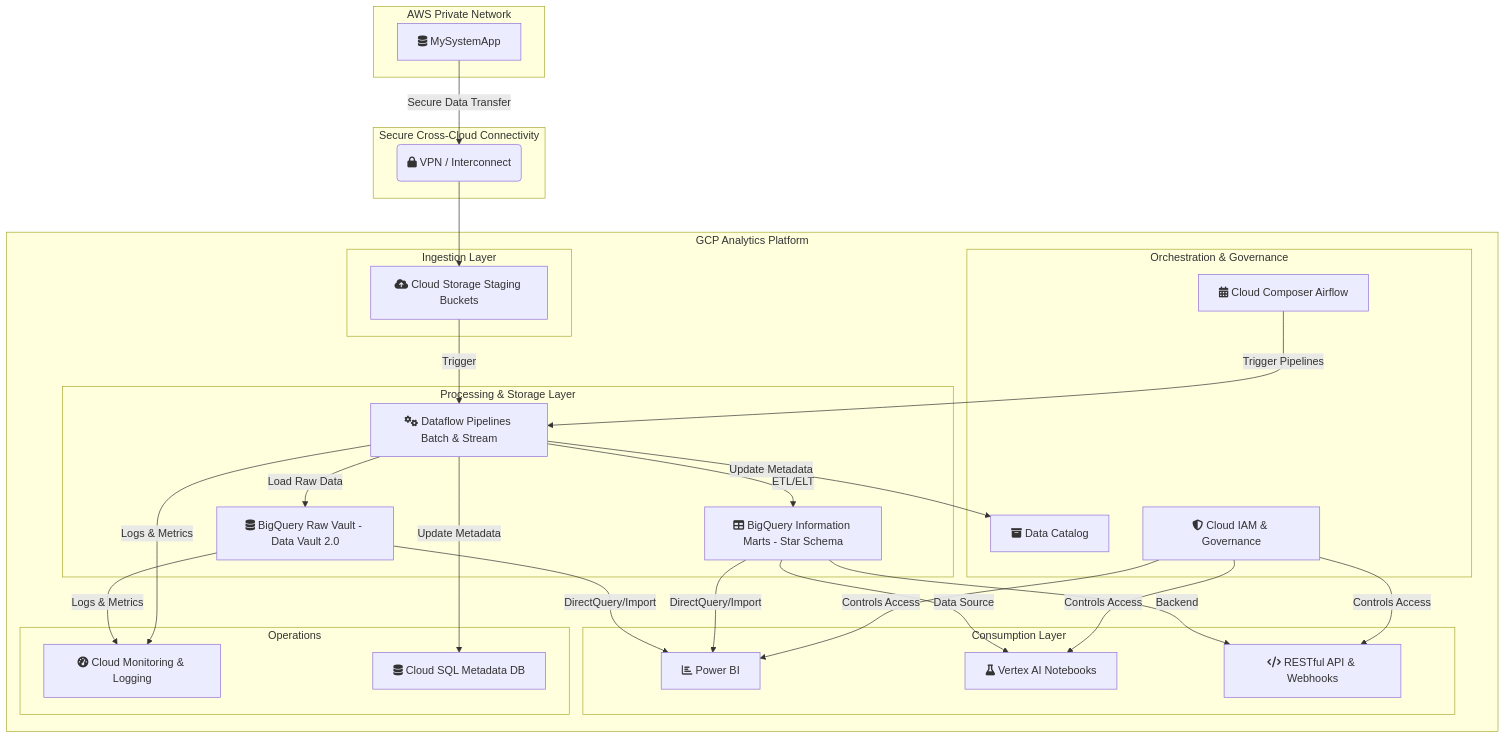
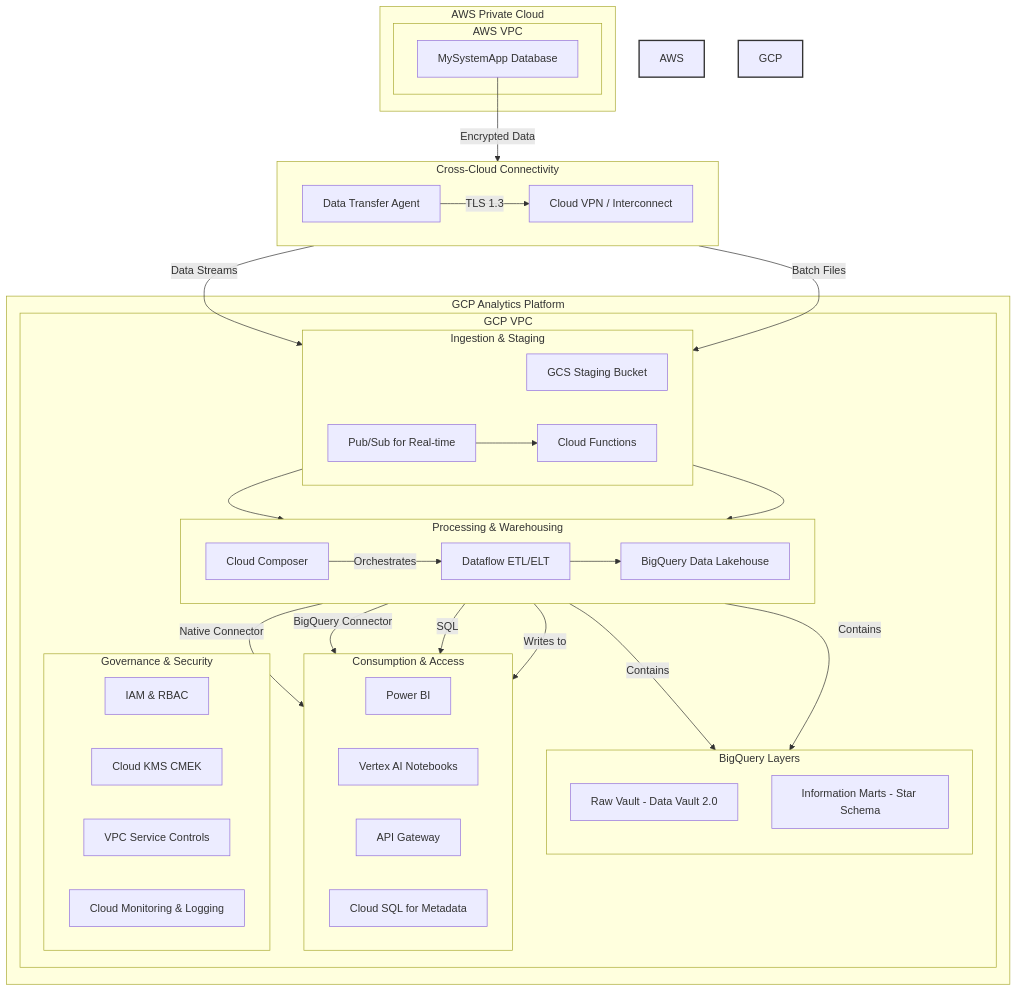
One commit to hulkamaphone/terraform_documenter changed the first of 3 diagrams in README.md. Above: the diagram before and after it, drawn with Mermaid. The commit also changed other lines of this file, not shown here.

````diff
--- a/README.md
+++ b/README.md
@@ -146,57 +147,70 @@
 ```mermaid
 graph TD
-    subgraph "AWS Private Network"
-        A[fa:fa-database MySystemApp]
-    end
-
-    subgraph "Secure Cross-Cloud Connectivity"
-        B(fa:fa-lock VPN / Interconnect)
-    end
-
-    subgraph "GCP Analytics Platform"
-        subgraph "Ingestion Layer"
-            C[fa:fa-cloud-upload-alt Cloud Storage Staging Buckets]
-        end
-
-        subgraph "Processing & Storage Layer"
-            D[fa:fa-cogs Dataflow Pipelines Batch & Stream]
-            E[fa:fa-database BigQuery Raw Vault - Data Vault 2.0]
-            F[fa:fa-table BigQuery Information Marts - Star Schema]
-        end
-
-        subgraph "Consumption Layer"
-            G[fa:fa-chart-bar Power BI]
-            H[fa:fa-flask Vertex AI Notebooks]
-            I[fa:fa-code RESTful API & Webhooks]
-        end
-
-        subgraph "Orchestration & Governance"
-            J[fa:fa-calendar-alt Cloud Composer Airflow]
-            K[fa:fa-archive Data Catalog]
-            L[fa:fa-shield-alt Cloud IAM & Governance]
-        end
-
-        subgraph "Operations"
-            M[fa:fa-tachometer-alt Cloud Monitoring & Logging]
-            N[fa:fa-database Cloud SQL Metadata DB]
+    subgraph AWS Private Cloud
+        subgraph AWS VPC
+            MySystemApp[MySystemApp Database]
         end
     end
 
-    A -- "Secure Data Transfer" --> B
-    B --> C
-    C -- "Trigger" --> D
-    D -- "Load Raw Data" --> E
-    D -- "ETL/ELT" --> F
-    E -- "DirectQuery/Import" --> G
-    F -- "DirectQuery/Import" --> G
-    F -- "Data Source" --> H
-    F -- "Backend" --> I
-    J -- "Trigger Pipelines" --> D
-    D -- "Update Metadata" --> K
-    D -- "Update Metadata" --> N
-    L -- "Controls Access" --> G
-    L -- "Controls Access" --> H
-    L -- "Controls Access" --> I
-    E -- "Logs & Metrics" --> M
-    D -- "Logs & Metrics" --> M
+    subgraph Cross-Cloud Connectivity
+        direction LR
+        TransferAgent[Data Transfer Agent]
+        VPN[Cloud VPN / Interconnect]
+        MySystemApp -- Encrypted Data --> TransferAgent -- TLS 1.3 --> VPN
+    end
+
+    subgraph GCP Analytics Platform
+        subgraph GCP VPC
+            subgraph Ingestion [Ingestion & Staging]
+                direction LR
+                GCS_Staging[GCS Staging Bucket]
+                PubSub_Realtime[Pub/Sub for Real-time]
+                Cloud_Functions_Ingest[Cloud Functions]
+                VPN -- Data Streams --> PubSub_Realtime
+                VPN -- Batch Files --> GCS_Staging
+                PubSub_Realtime --> Cloud_Functions_Ingest
+            end
+
+            subgraph Processing [Processing & Warehousing]
+                direction LR
+                Dataflow[Dataflow ETL/ELT]
+                Composer[Cloud Composer]
+                BigQuery[BigQuery Data Lakehouse]
+                Cloud_Functions_Ingest --> Dataflow
+                GCS_Staging --> Dataflow
+                Dataflow --> BigQuery
+                Composer -- Orchestrates --> Dataflow
+            end
+
+            subgraph "BigQuery Layers"
+                direction TB
+                RawVault[Raw Vault - Data Vault 2.0]
+                InfoMarts[Information Marts - Star Schema]
+                BigQuery -- Contains --> RawVault
+                BigQuery -- Contains --> InfoMarts
+            end
+
+            subgraph Consumption [Consumption & Access]
+                direction LR
+                PowerBI[Power BI]
+                VertexAI[Vertex AI Notebooks]
+                APIGateway[API Gateway]
+                CloudSQL[Cloud SQL for Metadata]
+                BigQuery -- Native Connector --> PowerBI
+                BigQuery -- BigQuery Connector --> VertexAI
+                BigQuery -- SQL --> APIGateway
+                Dataflow -- Writes to --> CloudSQL
+            end
+
+             subgraph Governance & Security
+                 IAM[IAM & RBAC]
+                 KMS[Cloud KMS CMEK]
+                 VPCSC[VPC Service Controls]
+                 CloudLogging[Cloud Monitoring & Logging]
+             end
+        end
+    end
+
+    style AWS VPC fill:#FF9900,stroke:#333,stroke-width:2px
+    style GCP VPC fill:#4285F4,stroke:#333,stroke-width:2px
 ```
````
